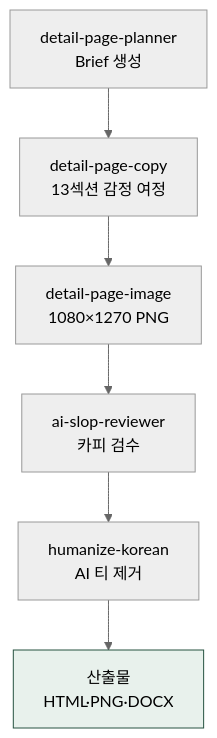
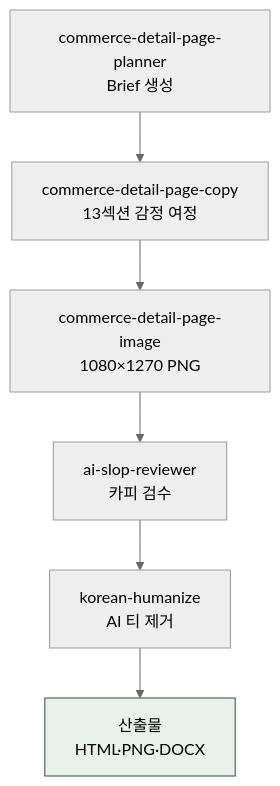
One commit to modu-ai/cowork-plugins changed the second of 2 diagrams in www/content/cookbook/tracks/track-commerce.md. Above: the diagram before and after it, drawn with Mermaid (neutral theme). The commit also changed other lines of this file and 45 other files, not shown here.

First line of the commit message:
docs(www): 스킬명 정합 + 깨진 링크 수정 + mermaid 보강

````diff
--- a/www/content/cookbook/tracks/track-commerce.md
+++ b/www/content/cookbook/tracks/track-commerce.md
@@ -80,9 +80,9 @@
 ```mermaid
 flowchart TD
-   P1["detail-page-planner<br/>Brief 생성"] --> P2["detail-page-copy<br/>13섹션 감정 여정"]
-   P2 --> P3["detail-page-image<br/>1080×1270 PNG"]
+   P1["commerce-detail-page-planner<br/>Brief 생성"] --> P2["commerce-detail-page-copy<br/>13섹션 감정 여정"]
+   P2 --> P3["commerce-detail-page-image<br/>1080×1270 PNG"]
    P3 --> P4["ai-slop-reviewer<br/>카피 검수"]
-   P4 --> P5["humanize-korean<br/>AI 티 제거"]
+   P4 --> P5["korean-humanize<br/>AI 티 제거"]
    P5 --> Out["산출물<br/>HTML·PNG·DOCX"]
    style Out fill:#e8f1ec,stroke:#265240
 ```
````
